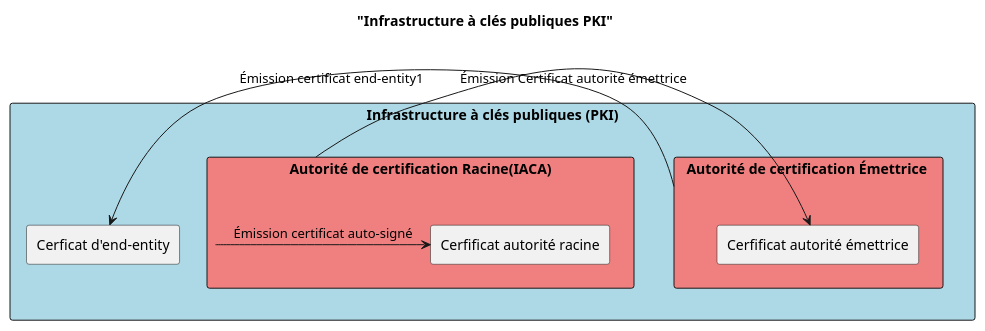
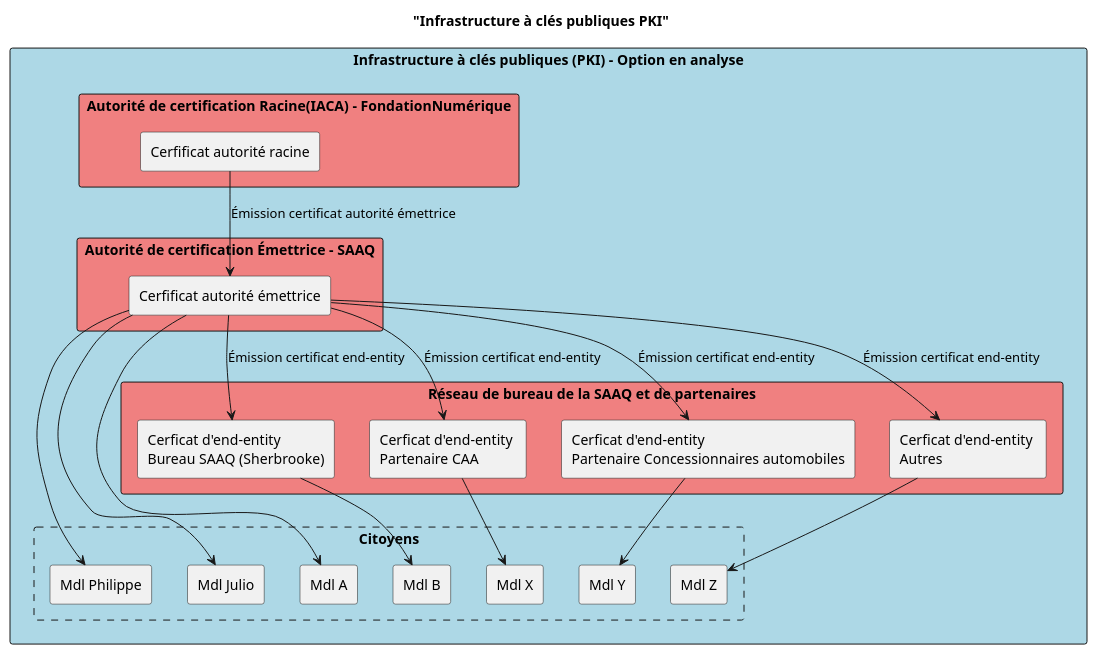
Before and after one commit to CQEN-QDCE/exp-mdl: the diagram in documentation/Architecture/architecture4.puml, drawn with PlantUML. The commit also changed 4 other files, not shown here.

Commit message:
version final diagramme d'architecture du registre de preuves

```diff
--- a/documentation/Architecture/architecture4.puml
+++ b/documentation/Architecture/architecture4.puml
@@ -1,32 +1,85 @@
 @startuml infrastructure_cles_publiques
 allow_mixing
 
 title 
     "Infrastructure à clés publiques PKI"
 end title
 
-rectangle "Infrastructure à clés publiques (PKI)" as pki #LightBlue{
+'**********************
+' OPTION 1 - en analyse
+' - Le scénario consiste à rendre les partenaires autonomes dans la gestion de leur clé de signature sous l'autorité de la SAAQ dans l'arbre de la PKI.
+'
+' - Avantages:
+'   - les partenaires sont autonomes
+'   - la SAAQ n'a pas à gérer les clés privées des partenaires
+'   - les partenaires génère leur CSR (Certificate Signing Request) et peuvent choisir leur clé privée
+'   - la SAAQ peut déterminer les algorithmes de signature à utiliser
+'   - la SAAQ peut déterminer leur longueur de clé
+'   - la SAAQ peut déterminer la date de fin de validité
+'   - la SAAQ peut déterminer les informations à inclure dans le certificat
+'   - la SAAQ reçoit les CSR et peut les valider avant de signer le certificat et autoriser le partenaire
+'        - création ou nouveau partenaire: génération de CSR et provisionnement du certificat
+'        - renouvellement: génération de CSR et provisionnement du nouveau certificat
+' - Inconvénients:
+'   - les partenaires doivent gérer leur clé privée
+'   - les partenaires doivent gérer la révocation de leur certificat
+'   - les partenaires doivent gérer la rotation de leur clé de signature
+'   - les partenaires doivent gérer la date de validité de leur certificat
+'   - les partenaires doivent gérer la sécurité de leur clé privée
+
+'CES MANDATAIRES AU LIEU DE PARTENAIRES
+
+'**********************
+rectangle "Infrastructure à clés publiques (PKI) - Option en analyse" as pki #LightBlue {
 
     ' Définition des entités
 
+    ' Définit l'autorité de certification racine
+    rectangle "Autorité de certification Racine(IACA) - FondationNumérique" as ca #LightCoral {
+        rectangle "Cerfificat autorité racine" as crt_ca
+    }
+
     ' Définit l'autorité de certification émettrice
-    rectangle "Autorité de certification Émettrice " as ea #LightCoral{
+    rectangle "Autorité de certification Émettrice - SAAQ" as ea #LightCoral {
         rectangle "Cerfificat autorité émettrice" as crt_ea
     }
 
-    ' Définit l'autorité de certification racine
-    rectangle "Autorité de certification Racine(IACA)" as ca #LightCoral{
-        rectangle "Cerfificat autorité racine" as crt_ca
+
+    ' Définit l'entité finale
+    rectangle "Réseau de bureau de la SAAQ et de partenaires" as rp #LightCoral {
+        rectangle "Cerficat d'end-entity \nBureau SAAQ (Sherbrooke)" as bureau
+        rectangle "Cerficat d'end-entity \nPartenaire CAA" as caa
+        rectangle "Cerficat d'end-entity \nPartenaire Concessionnaires automobiles" as concessionnaires
+        rectangle "Cerficat d'end-entity \nAutres" as autres
     }
 
-    ' Définit l'entité finale
-    rectangle "Cerficat d'end-entity" as ee 
+    rectangle "Citoyens" as citoyens #line.dashed {
+        rectangle "Mdl Philippe" as mdl1
+        rectangle "Mdl Julio" as mdl2
+        rectangle "Mdl A" as mdl3
+        rectangle "Mdl B" as mdl4
+        rectangle "Mdl X" as mdl5
+        rectangle "Mdl Y" as mdl6
+        rectangle "Mdl Z" as mdl7
+    }
+
 
     ' Définition des liens et relations
-    ca -> crt_ca: "Émission certificat auto-signé"
-    ca -> crt_ea : "Émission Certificat autorité émettrice"
-    ea -> ee : "Émission certificat end-entity1"
-    
+    crt_ca -down-> crt_ea : "Émission certificat autorité émettrice"
+    crt_ea -right-> mdl1
+    crt_ea -right-> mdl2
+    crt_ea -right-> mdl3
+
+    crt_ea -down-> bureau : "Émission certificat end-entity"
+    bureau -down-> mdl4
+    crt_ea -down-> caa : "Émission certificat end-entity"
+    caa -down-> mdl5
+    crt_ea -down-> concessionnaires : "Émission certificat end-entity"
+    concessionnaires -down-> mdl6
+    crt_ea -down-> autres : "Émission certificat end-entity"
+    autres -down-> mdl7
+
+'todo représenter la révocation    
 }
 
 @enduml
```
